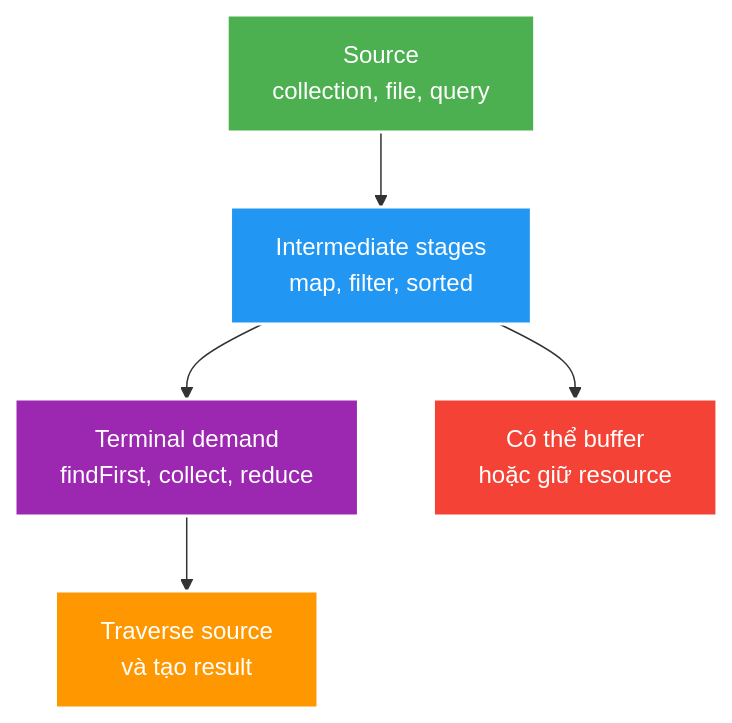
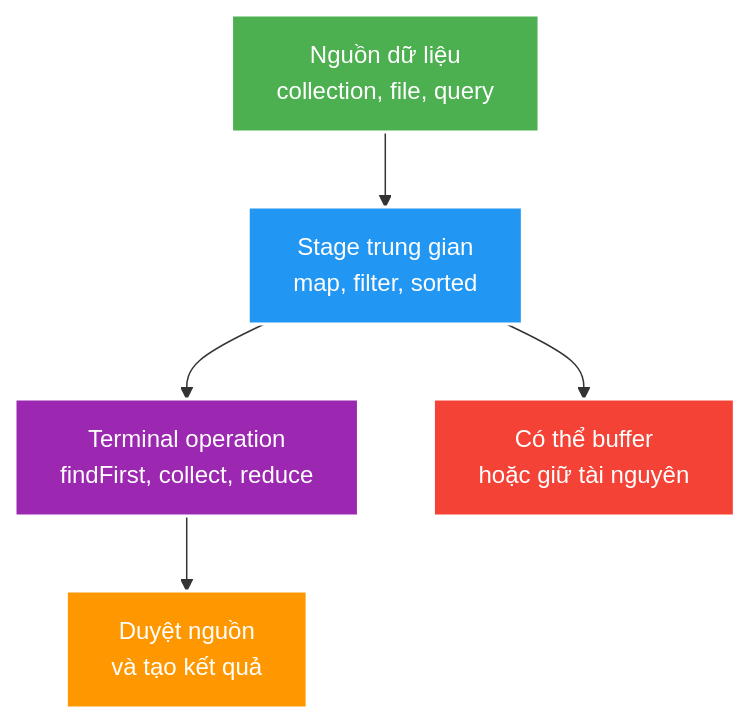
Before and after one commit to HungPhan200591/live-stream-backend: the diagram in docs/learning/topics/java/theory/core/stream-api-functional-programming-and-optional.md, drawn with Mermaid. The commit also changed 177 other files, not shown here.

````diff
--- a/docs/learning/topics/java/theory/core/stream-api-functional-programming-and-optional.md
+++ b/docs/learning/topics/java/theory/core/stream-api-functional-programming-and-optional.md
@@ -30,12 +30,12 @@
 ```mermaid
 flowchart TB
-    S["Source<br/>collection, file, query"] --> I["Intermediate stages<br/>map, filter, sorted"]
-    I --> T["Terminal demand<br/>findFirst, collect, reduce"]
-    T --> R["Traverse source<br/>và tạo result"]
-    I --> B["Có thể buffer<br/>hoặc giữ resource"]
+    S["Nguồn dữ liệu<br/>collection, file, query"] --> I["Stage trung gian<br/>map, filter, sorted"]
+    I --> T["Terminal operation<br/>findFirst, collect, reduce"]
+    T --> R["Duyệt nguồn<br/>và tạo kết quả"]
+    I --> B["Có thể buffer<br/>hoặc giữ tài nguyên"]
     style S fill:#4CAF50,stroke:#fff,stroke-width:2px,color:#fff
     style I fill:#2196F3,stroke:#fff,stroke-width:2px,color:#fff
     style T fill:#9C27B0,stroke:#fff,stroke-width:2px,color:#fff
     style R fill:#FF9800,stroke:#fff,stroke-width:2px,color:#fff
     style B fill:#F44336,stroke:#fff,stroke-width:2px,color:#fff
 ```
````
